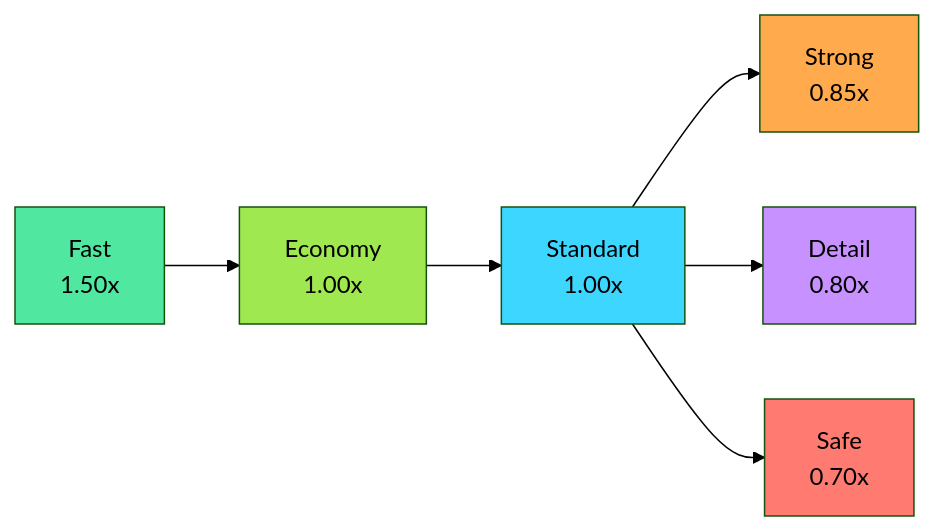
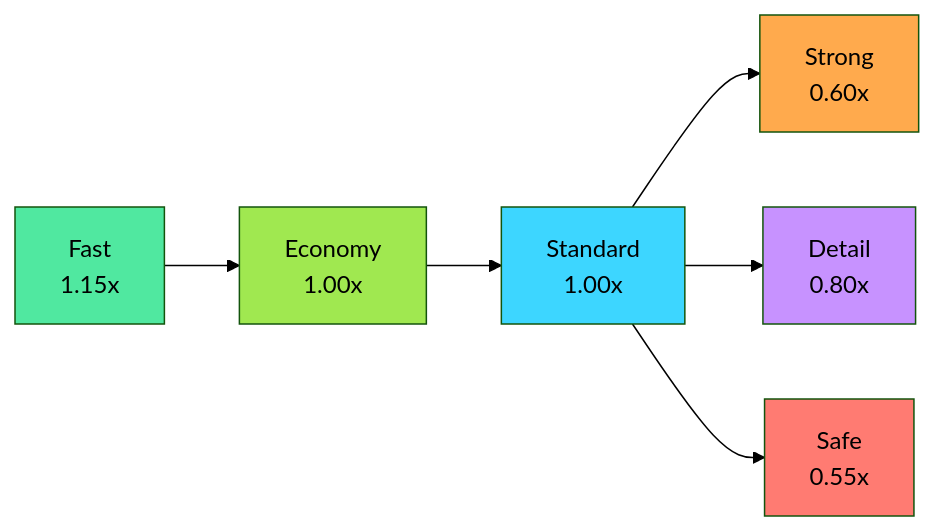
Before and after one commit to RafaelFino/FilamentDB: diagram 11 of 12 in README.md, drawn with Mermaid (forest theme). The commit also changed other lines of this file and 86 other files, not shown here.

````diff
--- a/README.md
+++ b/README.md
@@ -959,15 +956,15 @@
 ```mermaid
 graph LR
-    F[Fast<br/>1.50x] --> E[Economy<br/>1.00x]
+    F[Fast<br/>1.15x] --> E[Economy<br/>1.00x]
     E --> S[Standard<br/>1.00x]
-    S --> ST[Strong<br/>0.85x]
+    S --> ST[Strong<br/>0.60x]
     S --> D[Detail<br/>0.80x]
-    S --> SA[Safe<br/>0.70x]
+    S --> SA[Safe<br/>0.55x]
 
     style F fill:#50e8a0,color:#000
     style E fill:#a0e850,color:#000
     style S fill:#3dd6ff,color:#000
     style ST fill:#ffaa4d,color:#000
     style D fill:#c792ff,color:#000
     style SA fill:#ff7b72,color:#000
 ```
````
